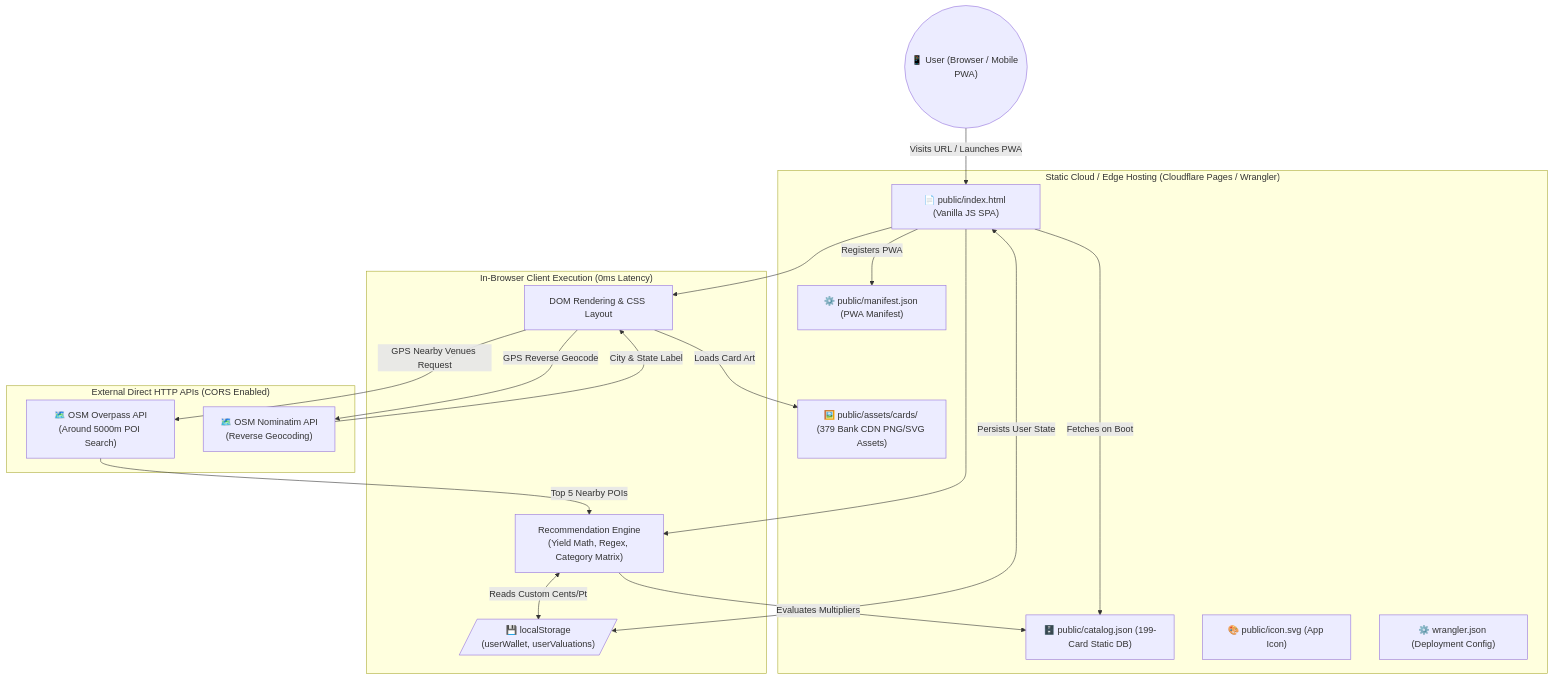
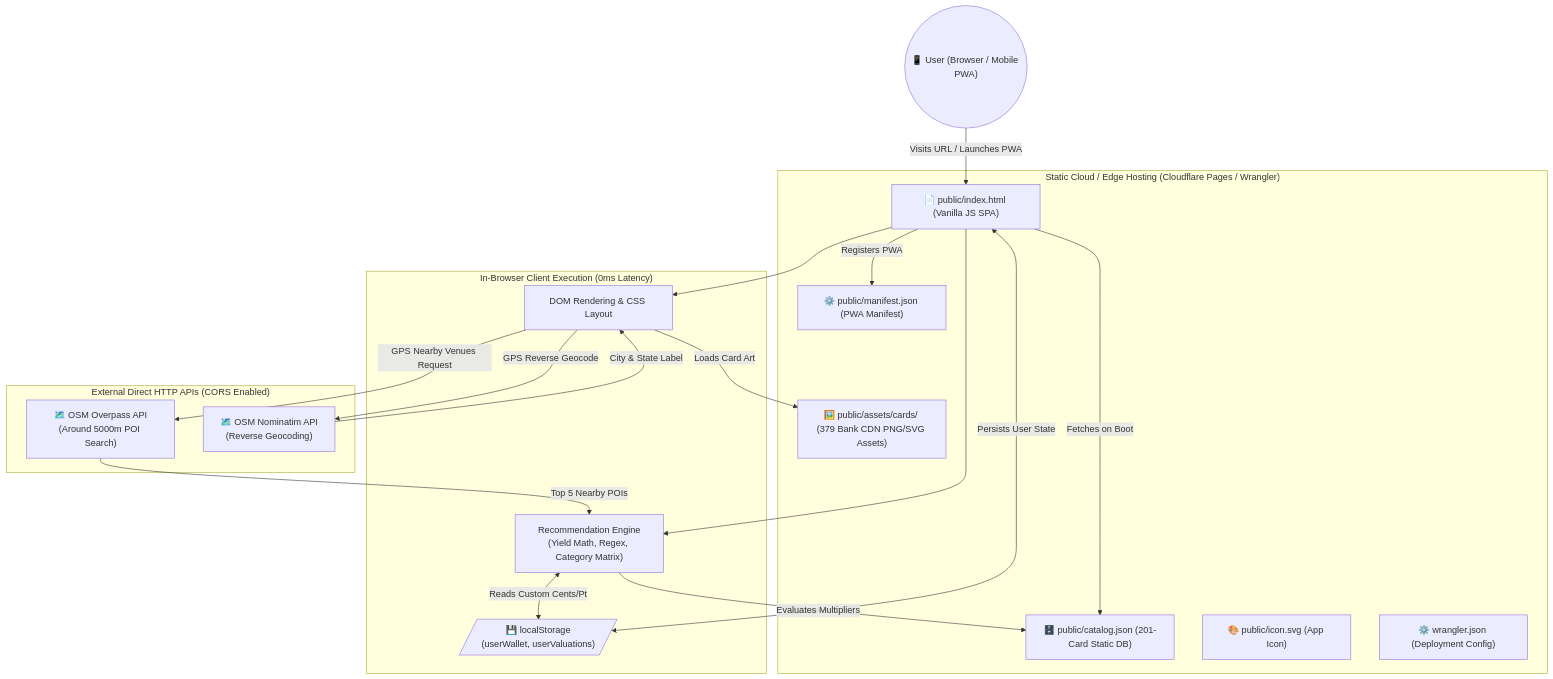
Before and after one commit to ericzhangrva/optirewards: the first of 2 diagrams in ARCHITECTURE.md, drawn with Mermaid. The commit also changed other lines of this file and 9 other files, not shown here.

````diff
--- a/ARCHITECTURE.md
+++ b/ARCHITECTURE.md
@@ -29,42 +29,42 @@
 ```mermaid
 graph TD
     User(("📱 User (Browser / Mobile PWA)"))
     
     subgraph Hosting ["Static Cloud / Edge Hosting (Cloudflare Pages / Wrangler)"]
         Index["📄 public/index.html (Vanilla JS SPA)"]
-        Catalog["🗄️ public/catalog.json (199-Card Static DB)"]
+        Catalog["🗄️ public/catalog.json (201-Card Static DB)"]
         Manifest["⚙️ public/manifest.json (PWA Manifest)"]
         Icon["🎨 public/icon.svg (App Icon)"]
         Assets["🖼️ public/assets/cards/ (379 Bank CDN PNG/SVG Assets)"]
         Wrangler["⚙️ wrangler.json (Deployment Config)"]
     end
     
     subgraph Browser ["In-Browser Client Execution (0ms Latency)"]
         UI["DOM Rendering & CSS Layout"]
         Engine["Recommendation Engine<br/>(Yield Math, Regex, Category Matrix)"]
         Storage[/"💾 localStorage<br/>(userWallet, userValuations)"/]
     end
     
     subgraph APIs ["External Direct HTTP APIs (CORS Enabled)"]
         Overpass["🗺️ OSM Overpass API<br/>(Around 5000m POI Search)"]
         Nominatim["🗺️ OSM Nominatim API<br/>(Reverse Geocoding)"]
     end
     
     User -->|Visits URL / Launches PWA| Index
     Index -->|Fetches on Boot| Catalog
     Index -->|Registers PWA| Manifest
     UI -->|Loads Card Art| Assets
     
     Index --> UI
     Index --> Engine
     Index <-->|Persists User State| Storage
     
     Engine -->|Evaluates Multipliers| Catalog
     Engine <-->|Reads Custom Cents/Pt| Storage
     
     UI -->|GPS Nearby Venues Request| Overpass
     Overpass -->|Top 5 Nearby POIs| Engine
     
     UI -->|GPS Reverse Geocode| Nominatim
     Nominatim -->|City & State Label| UI
 ```
````
